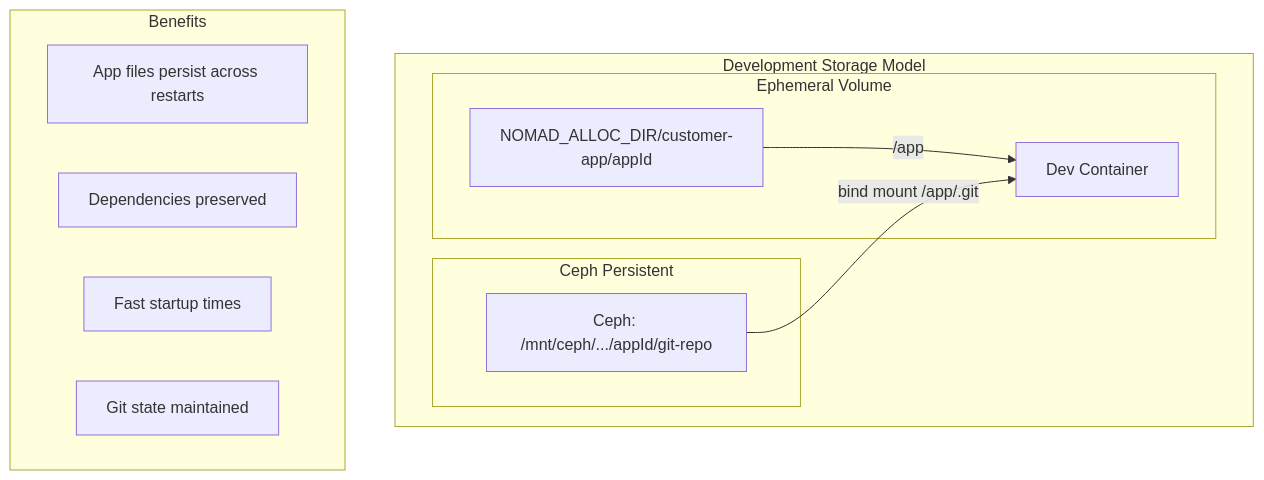
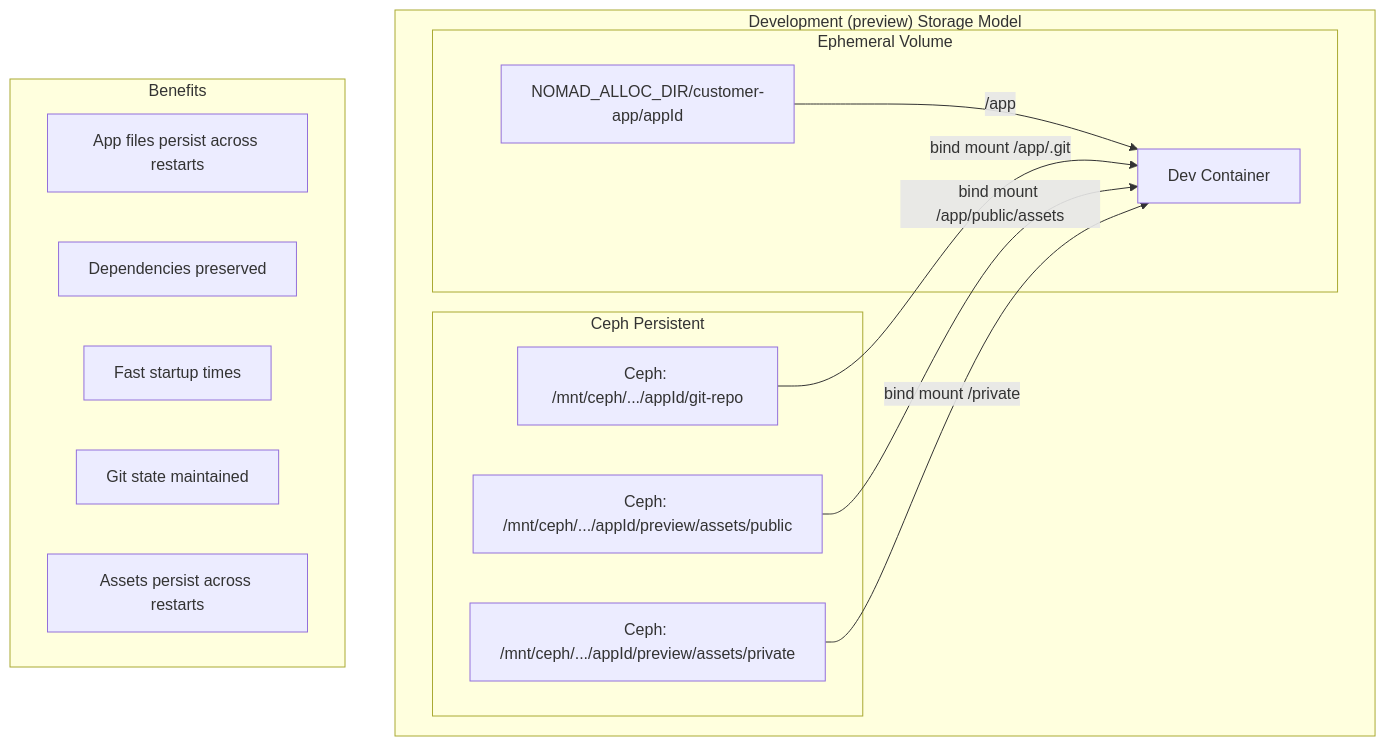
The first of 5 diagrams in docs/persistent-storage-architecture.md (hsharif-godaddy/hackathon2026), drawn with Mermaid before and after one commit. The commit also changed other lines of this file and 7 other files, not shown here.

````diff
--- a/docs/persistent-storage-architecture.md
+++ b/docs/persistent-storage-architecture.md
@@ -26,21 +26,26 @@
 ```mermaid
 graph TB
-    subgraph "Development Storage Model"
+    subgraph "Development (preview) Storage Model"
         subgraph "Ephemeral Volume"
             EV2["NOMAD_ALLOC_DIR/customer-app/appId"]
             EV2 --> |"/app"| APP2[Dev Container]
         end
-        
+
         subgraph "Ceph Persistent"
             CEPH2["Ceph: /mnt/ceph/.../appId/git-repo"]
             CEPH2 --> |"bind mount /app/.git"| APP2
+            CEPH3["Ceph: /mnt/ceph/.../appId/preview/assets/public"]
+            CEPH3 --> |"bind mount /app/public/assets"| APP2
+            CEPH4["Ceph: /mnt/ceph/.../appId/preview/assets/private"]
+            CEPH4 --> |"bind mount /private"| APP2
         end
     end
-    
+
     subgraph "Benefits"
         B1["App files persist across restarts"]
         B2["Dependencies preserved"]
         B3["Fast startup times"]
         B4["Git state maintained"]
+        B5["Assets persist across restarts"]
     end
 ```
````
